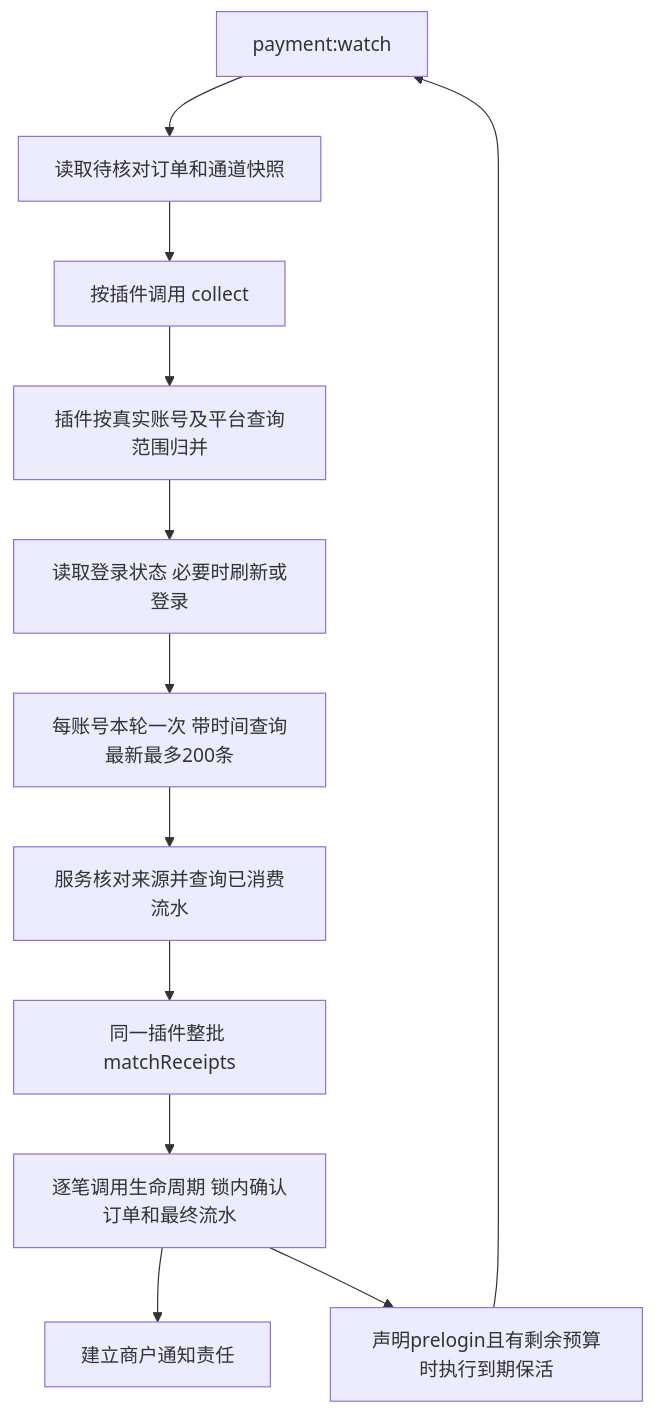
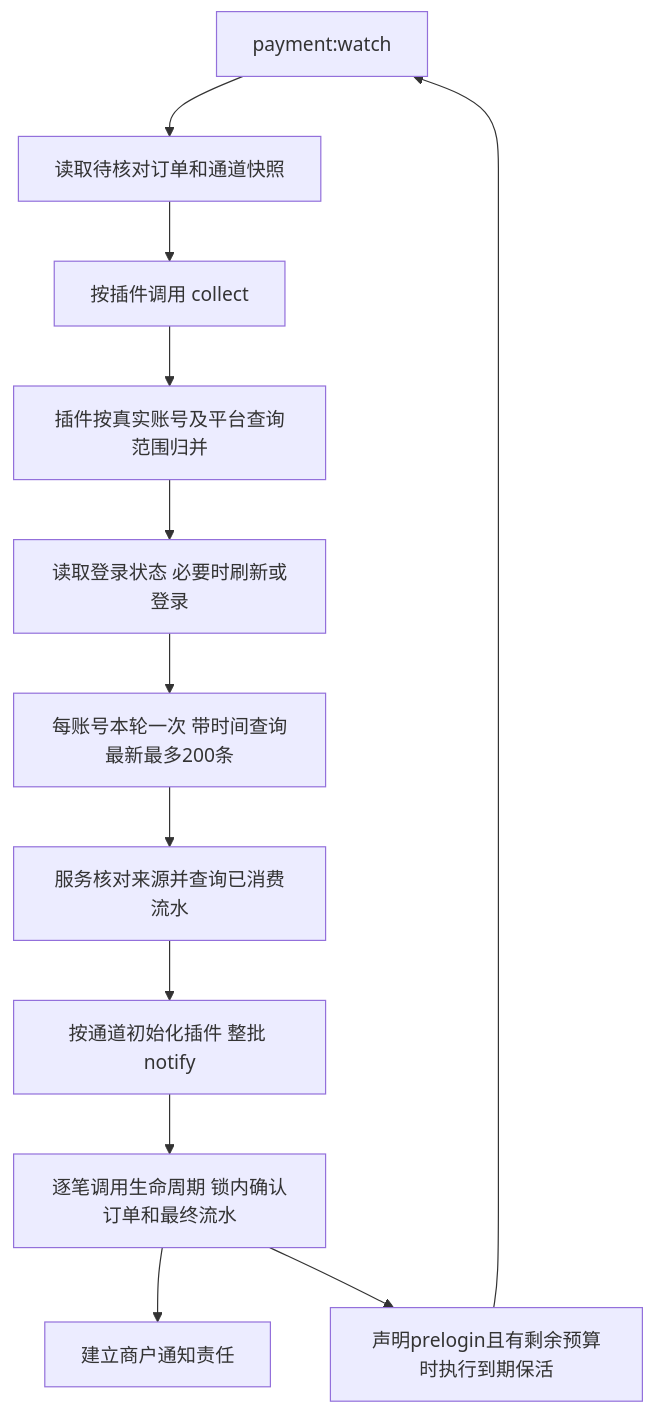
Before and after one commit to techhaha/mpay: the diagram in docs/wiki/V1-25-主动采集与会话协作.md, drawn with Mermaid. The commit also changed other lines of this file and 70 other files, not shown here.

````diff
--- a/docs/wiki/V1-25-主动采集与会话协作.md
+++ b/docs/wiki/V1-25-主动采集与会话协作.md
@@ -7,14 +7,14 @@
 ```mermaid
 flowchart TD
     W[payment:watch] --> O[读取待核对订单和通道快照]
     O --> P[按插件调用 collect]
     P --> G[插件按真实账号及平台查询范围归并]
     G --> S[读取登录状态 必要时刷新或登录]
     S --> Q[每账号本轮一次 带时间查询最新最多200条]
     Q --> C[服务核对来源并查询已消费流水]
-    C --> M[同一插件整批 matchReceipts]
+    C --> M[按通道初始化插件 整批 notify]
     M --> L[逐笔调用生命周期 锁内确认订单和最终流水]
     L --> N[建立商户通知责任]
     L --> V[声明prelogin且有剩余预算时执行到期保活]
     V --> W
 ```
````
